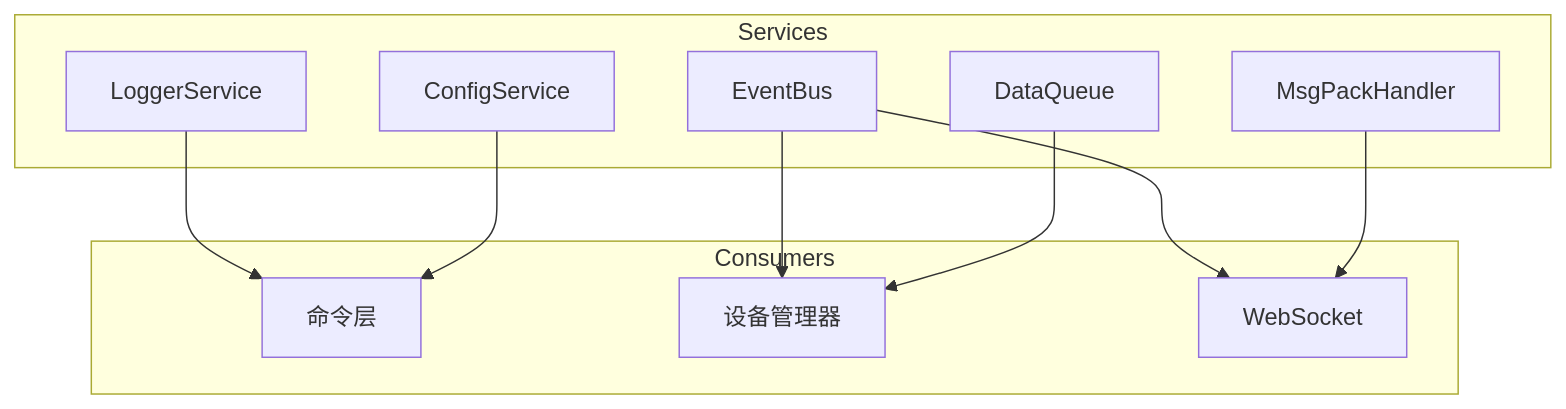
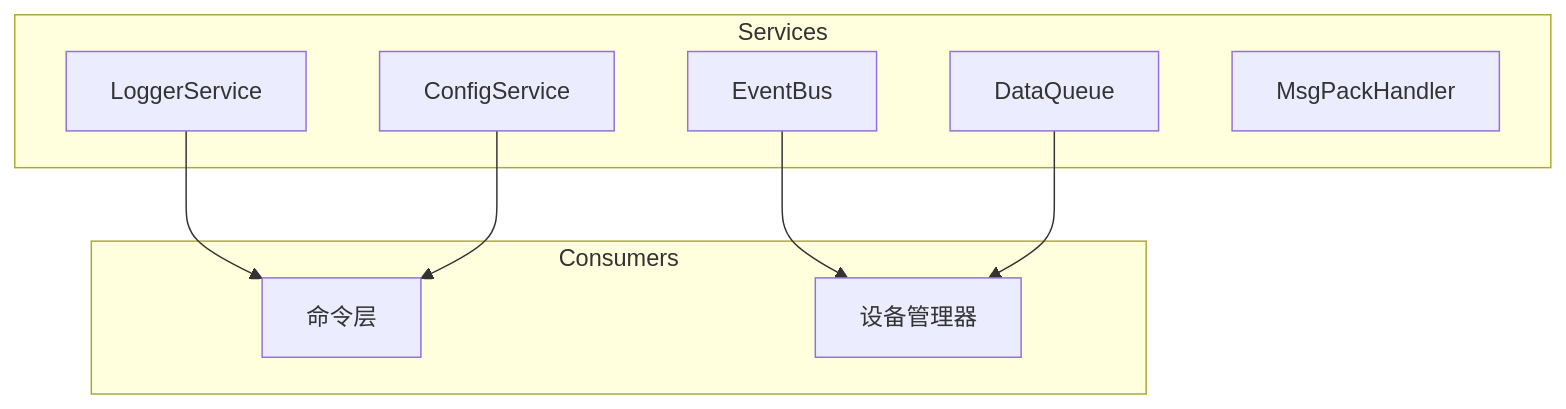
Before and after one commit to XiaoPb/combridge: the diagram in docs/architecture/backend/service-module.md, drawn with Mermaid. The commit also changed other lines of this file and 12 other files, not shown here.

````diff
--- a/docs/architecture/backend/service-module.md
+++ b/docs/architecture/backend/service-module.md
@@ -99,23 +99,20 @@
 ```mermaid
 graph TB
     subgraph Services
         Logger[LoggerService]
         Config[ConfigService]
         EventBus[EventBus]
         DataQueue[DataQueue]
         MsgPack[MsgPackHandler]
     end
     
     subgraph Consumers
         Commands[命令层]
         DeviceMgr[设备管理器]
-        WebSocket[WebSocket]
     end
     
     Logger --> Commands
     Config --> Commands
     EventBus --> DeviceMgr
-    EventBus --> WebSocket
     DataQueue --> DeviceMgr
-    MsgPack --> WebSocket
 ```
````
